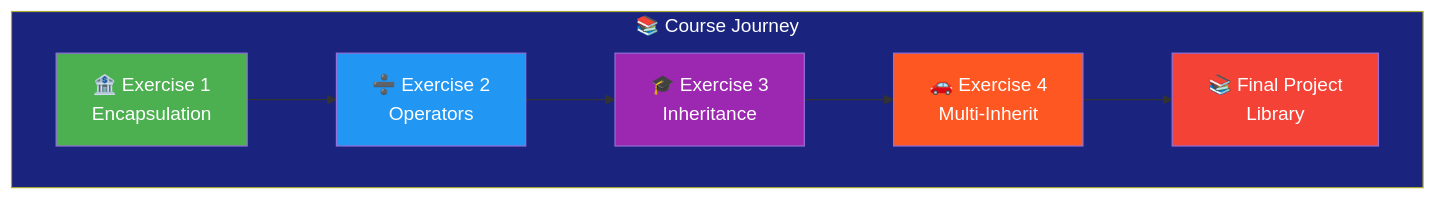
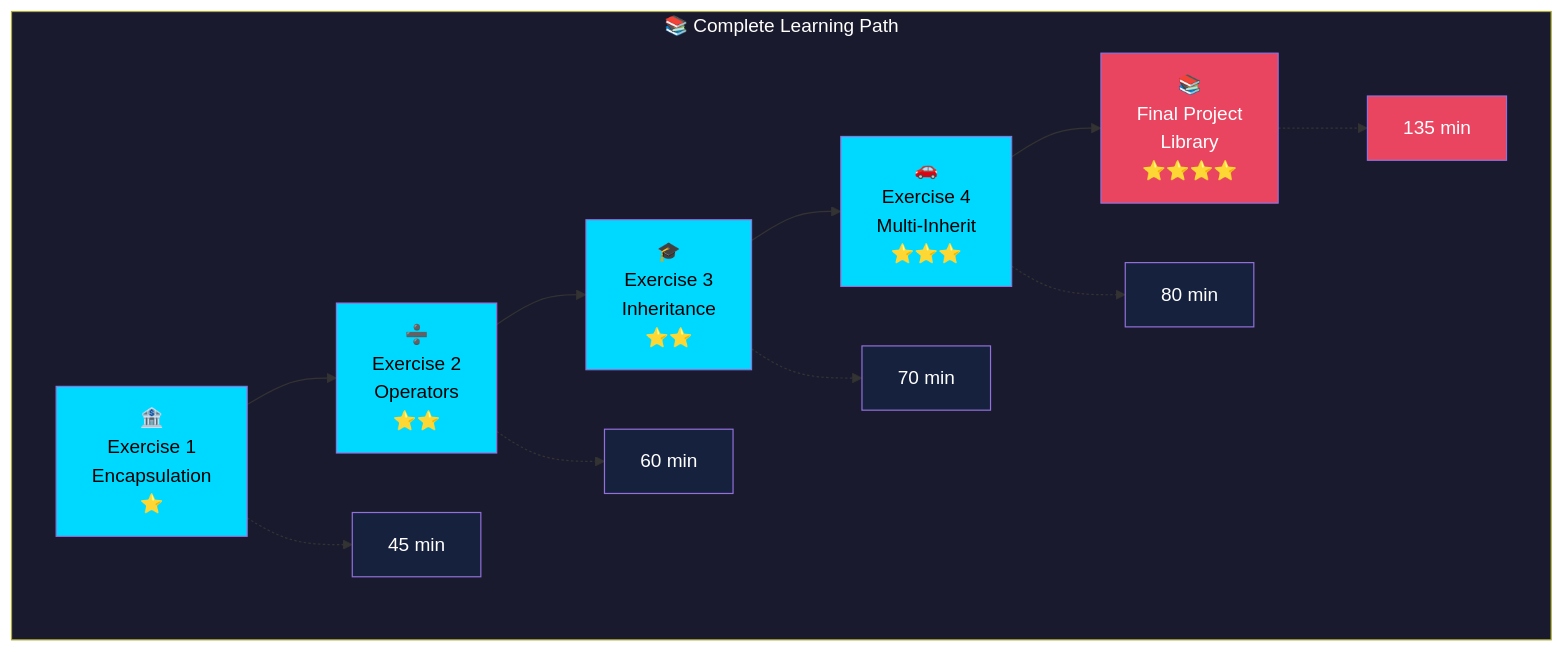
Before and after one commit to Lagmouchyoussef/Python-Practical-Works: the second of 22 diagrams in README.md, drawn with Mermaid. The commit also changed other lines of this file, not shown here.

````diff
--- a/README.md
+++ b/README.md
@@ -85,17 +93,34 @@
 ```mermaid
-flowchart TB
-    subgraph Course[📚 Course Journey]
+flowchart LR
+    subgraph Roadmap["📚 Complete Learning Path"]
         direction LR
-        E1[🏦 Exercise 1<br/>Encapsulation] --> E2[➗ Exercise 2<br/>Operators]
-        E2 --> E3[🎓 Exercise 3<br/>Inheritance]
-        E3 --> E4[🚗 Exercise 4<br/>Multi-Inherit]
-        E4 --> EP[📚 Final Project<br/>Library]
+        E1[🏦<br/>Exercise 1<br/>Encapsulation<br/>⭐] --> E2[➗<br/>Exercise 2<br/>Operators<br/>⭐⭐]
+        E2 --> E3[🎓<br/>Exercise 3<br/>Inheritance<br/>⭐⭐]
+        E3 --> E4[🚗<br/>Exercise 4<br/>Multi-Inherit<br/>⭐⭐⭐]
+        E4 --> Final[📚<br/>Final Project<br/>Library<br/>⭐⭐⭐⭐]
+        
+        T1["45 min"]:::time
+        T2["60 min"]:::time
+        T3["70 min"]:::time
+        T4["80 min"]:::time
+        TF["135 min"]:::time
+        
+        E1 -.-> T1
+        E2 -.-> T2
+        E3 -.-> T3
+        E4 -.-> T4
+        Final -.-> TF
     end
     
-    style Course fill:#1a237e,color:#fff
-    style E1 fill:#4caf50,color:#fff
-    style E2 fill:#2196f3,color:#fff
-    style E3 fill:#9c27b0,color:#fff
-    style E4 fill:#ff5722,color:#fff
-    style EP fill:#f44336,color:#fff
+    style Roadmap fill:#1a1a2e,color:#fff
+    style E1 fill:#00d9ff,color:#000
+    style E2 fill:#00d9ff,color:#000
+    style E3 fill:#00d9ff,color:#000
+    style E4 fill:#00d9ff,color:#000
+    style Final fill:#e94560,color:#fff
+    style T1 fill:#16213e,color:#fff
+    style T2 fill:#16213e,color:#fff
+    style T3 fill:#16213e,color:#fff
+    style T4 fill:#16213e,color:#fff
+    style TF fill:#e94560,color:#fff
 ```
````
